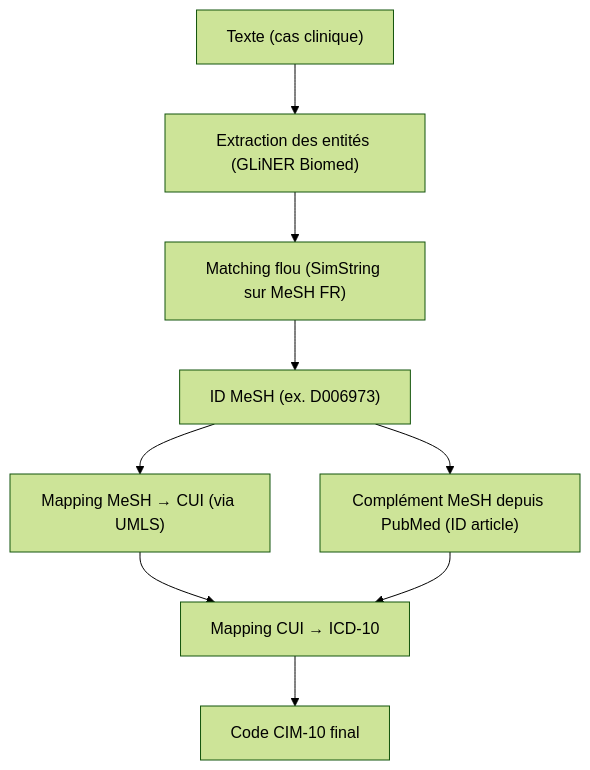
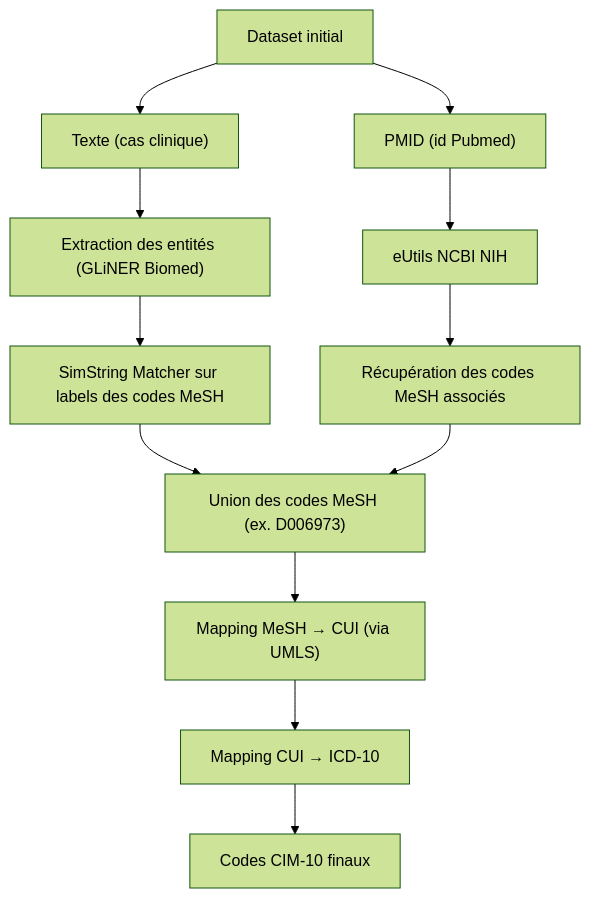
One commit to cdechaux/AOC_0 changed the diagram in README.md. Above: the diagram before and after it, drawn with Mermaid (forest theme).

Commit message:
modif du README.md

````diff
--- a/README.md
+++ b/README.md
@@ -92,11 +92,14 @@
 ```mermaid
 graph TD;
+    Z["Dataset initial"]-->A;
     A["Texte (cas clinique)"] --> B["Extraction des entités (GLiNER Biomed)"];
-    B --> C["Matching flou (SimString sur MeSH FR)"];
-    C --> D["ID MeSH (ex. D006973)"];
+    B --> C["SimString Matcher sur labels des codes MeSH"];
+    C --> D["Union des codes MeSH (ex. D006973)"];
     D --> E["Mapping MeSH → CUI (via UMLS)"];
-    D --> H["Complément MeSH depuis PubMed (ID article)"];
     E --> F["Mapping CUI → ICD-10"];
-    H --> F;
-    F --> G["Code CIM-10 final"];
+    F --> G["Codes CIM-10 finaux"];
+    Z --> Y["PMID (id Pubmed)"];
+    Y --> X["eUtils NCBI NIH"];
+    X --> W["Récupération des codes MeSH associés"];
+    W --> D;
 ```
````
